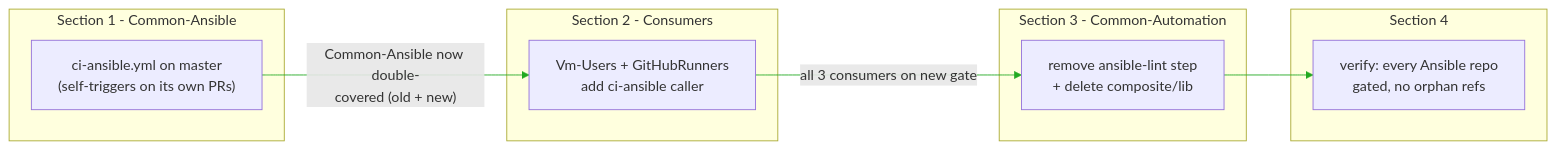
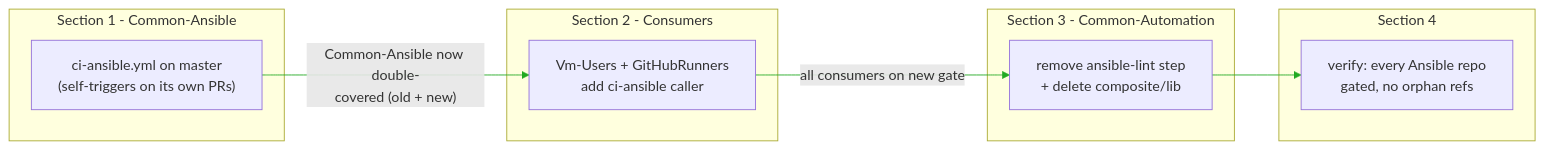
Before and after one commit to Klark-Morrigan/Common-Ansible: the first of 19 diagrams in docs/dev/implementation/20-ansible-lint-ci-in-common-ansible/plan.md, drawn with Mermaid. The commit also changed other lines of this file and 1 other file, not shown here.

````diff
--- a/docs/dev/implementation/20-ansible-lint-ci-in-common-ansible/plan.md
+++ b/docs/dev/implementation/20-ansible-lint-ci-in-common-ansible/plan.md
@@ -53,19 +55,19 @@
 ```mermaid
 flowchart LR
   subgraph S1["Section 1 - Common-Ansible"]
     A["ci-ansible.yml on master<br/>(self-triggers on its own PRs)"]
   end
   subgraph S2["Section 2 - Consumers"]
     B["Vm-Users + GitHubRunners<br/>add ci-ansible caller"]
   end
   subgraph S3["Section 3 - Common-Automation"]
     C["remove ansible-lint step<br/>+ delete composite/lib"]
   end
   subgraph S4["Section 4"]
     D["verify: every Ansible repo<br/>gated, no orphan refs"]
   end
   A -->|"Common-Ansible now double-<br/>covered (old + new)"| B
-  B -->|"all 3 consumers on new gate"| C
+  B -->|"all consumers on new gate"| C
   C --> D
   linkStyle 0,1,2 stroke:#2a2
 ```
````
